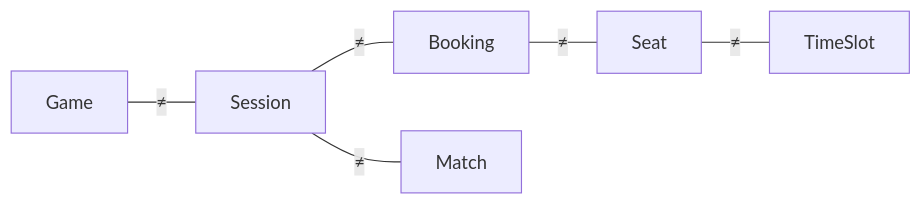
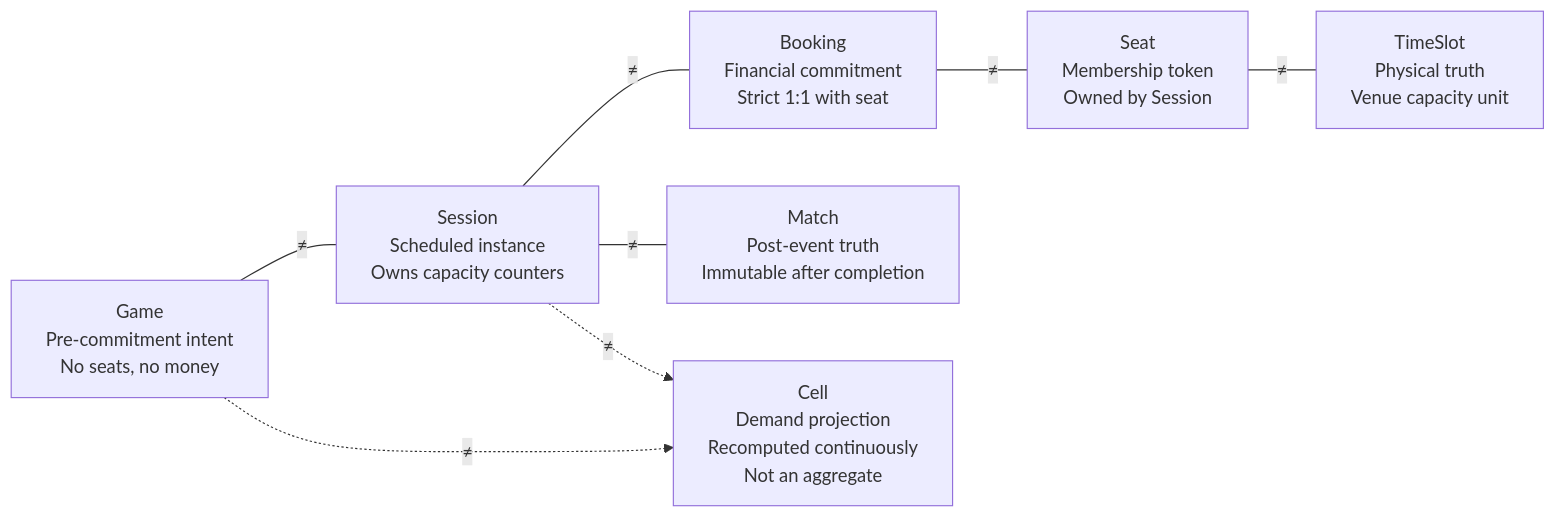
One commit to deepaucksharmaji/game-ddd changed the fourth of 8 diagrams in DIAGRAMS.md. Above: the diagram before and after it, drawn with Mermaid. The commit also changed other lines of this file, not shown here.

Commit message:
Complete v7 diagram suite with all issues fixed and full specification coverage

````diff
--- a/DIAGRAMS.md
+++ b/DIAGRAMS.md
@@ -127,15 +164,20 @@
 ```mermaid
 flowchart LR
-    GAME[Game]
-    SESSION[Session]
-    BOOKING[Booking]
-    MATCH[Match]
-    SEAT[Seat]
-    TIMESLOT[TimeSlot]
+    GAME[Game<br/>Pre-commitment intent<br/>No seats, no money]
+    SESSION[Session<br/>Scheduled instance<br/>Owns capacity counters]
+    BOOKING[Booking<br/>Financial commitment<br/>Strict 1:1 with seat]
+    MATCH[Match<br/>Post-event truth<br/>Immutable after completion]
+    SEAT[Seat<br/>Membership token<br/>Owned by Session]
+    TIMESLOT[TimeSlot<br/>Physical truth<br/>Venue capacity unit]
 
     GAME ---|≠| SESSION
     SESSION ---|≠| BOOKING
     BOOKING ---|≠| SEAT
     SEAT ---|≠| TIMESLOT
     SESSION ---|≠| MATCH
+
+    CELL[Cell<br/>Demand projection<br/>Recomputed continuously<br/>Not an aggregate]
+
+    GAME -.->|≠| CELL
+    SESSION -.->|≠| CELL
 ```
````
